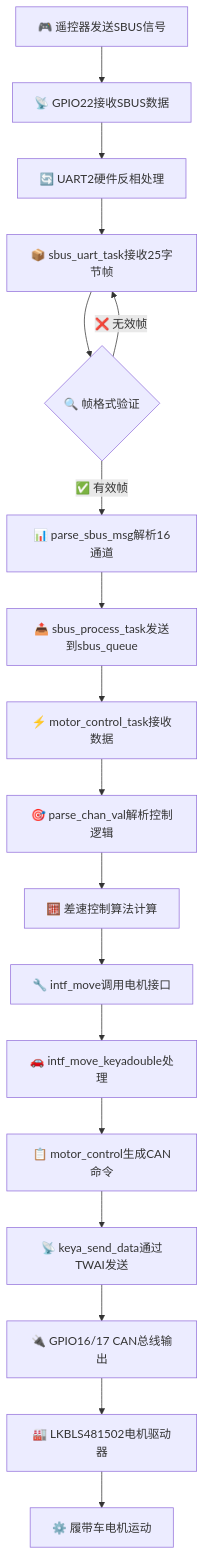
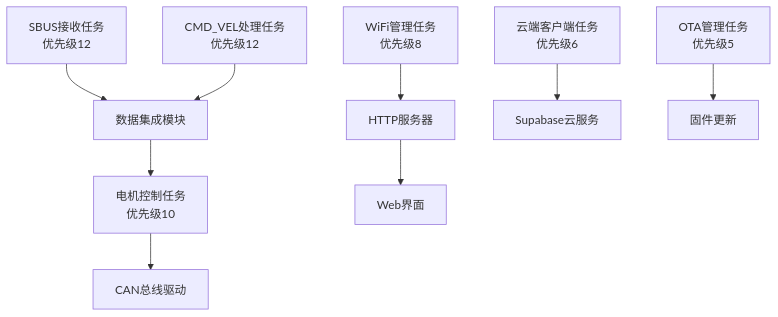
The first of 3 diagrams in README.md (dachuanwud/esp32controlboard), drawn with Mermaid before and after one commit. The commit also changed other lines of this file and 36 other files, not shown here.

````diff
--- a/README.md
+++ b/README.md
@@ -72,20 +81,11 @@
 ```mermaid
 graph TD
-    A[🎮 遥控器发送SBUS信号] --> B[📡 GPIO22接收SBUS数据]
-    B --> C[🔄 UART2硬件反相处理]
-    C --> D[📦 sbus_uart_task接收25字节帧]
-    D --> E{🔍 帧格式验证}
-    E -->|✅ 有效帧| F[📊 parse_sbus_msg解析16通道]
-    E -->|❌ 无效帧| D
-    F --> G[📤 sbus_process_task发送到sbus_queue]
-    G --> H[⚡ motor_control_task接收数据]
-    H --> I[🎯 parse_chan_val解析控制逻辑]
-    I --> J[🧮 差速控制算法计算]
-    J --> K[🔧 intf_move调用电机接口]
-    K --> L[🚗 intf_move_keyadouble处理]
-    L --> M[📋 motor_control生成CAN命令]
-    M --> N[📡 keya_send_data通过TWAI发送]
-    N --> O[🔌 GPIO16/17 CAN总线输出]
-    O --> P[🏭 LKBLS481502电机驱动器]
-    P --> Q[⚙️ 履带车电机运动]
+    A[SBUS接收任务<br/>优先级12] --> E[数据集成模块]
+    B[CMD_VEL处理任务<br/>优先级12] --> E
+    C[电机控制任务<br/>优先级10] --> F[CAN总线驱动]
+    D[WiFi管理任务<br/>优先级8] --> G[HTTP服务器]
+    E --> C
+    G --> H[Web界面]
+    I[云端客户端任务<br/>优先级6] --> J[Supabase云服务]
+    K[OTA管理任务<br/>优先级5] --> L[固件更新]
 ```
````
